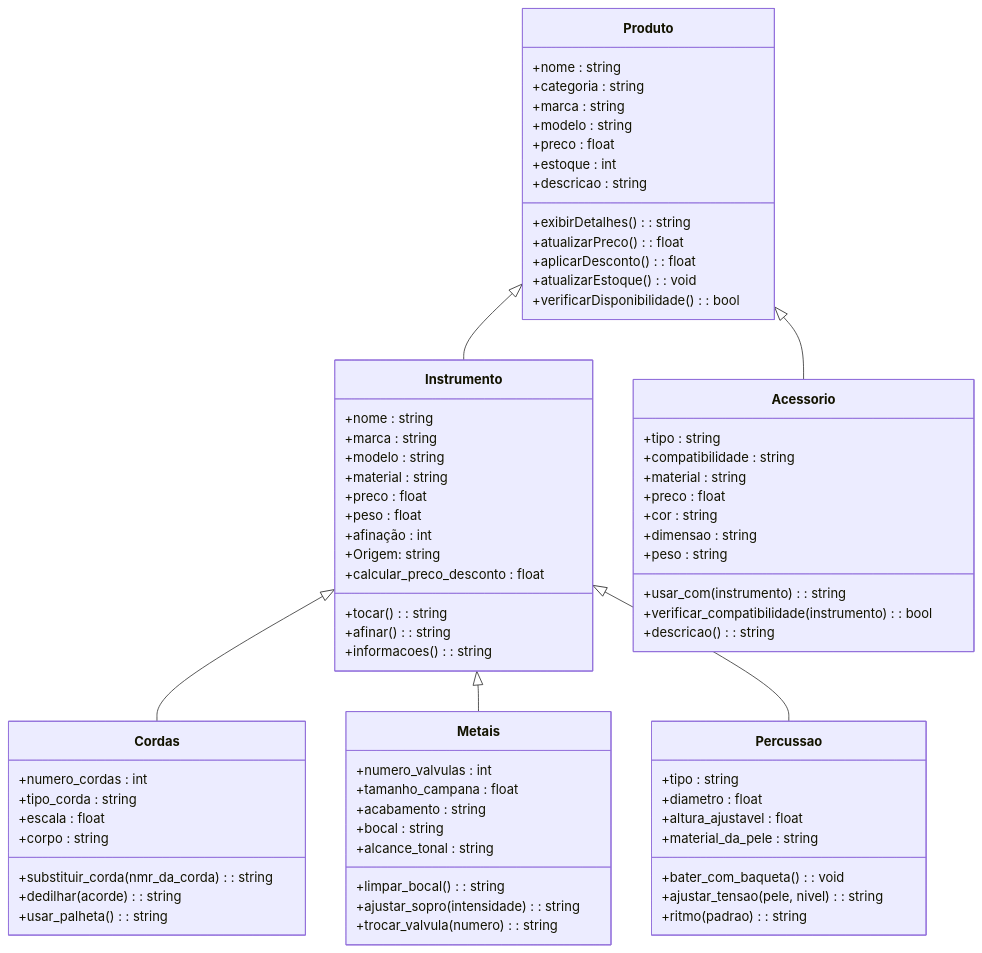
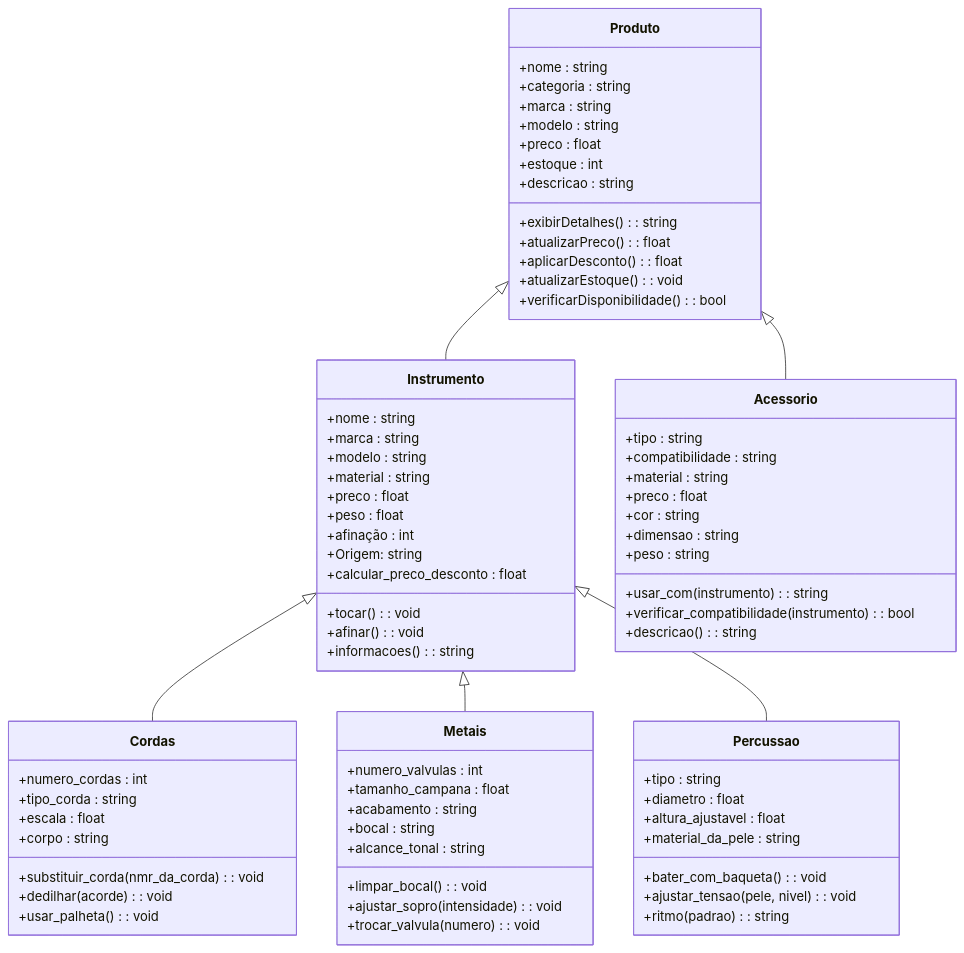
Before and after one commit to JoaoVitorCaetano/PooJavaCeub-Grupo8: the diagram in Produto.md, drawn with Mermaid.

Commit message:
ajustando retorno de métodos

```diff
--- a/Produto.md
+++ b/Produto.md
@@ -28,8 +28,8 @@
     +afinação : int
     +Origem: string
 
-    +tocar() : string
-    +afinar() : string
+    +tocar() : void
+    +afinar() : void
     +informacoes() : string
     +calcular_preco_desconto : float
   }
@@ -40,9 +40,9 @@
     +escala : float
     +corpo : string
 
-    +substituir_corda(nmr_da_corda) : string
-    +dedilhar(acorde) : string
-    +usar_palheta() : string
+    +substituir_corda(nmr_da_corda) : void
+    +dedilhar(acorde) : void
+    +usar_palheta() : void
   }
 
   class Metais{
@@ -52,9 +52,9 @@
     +bocal : string
     +alcance_tonal : string
 
-    +limpar_bocal() : string
-    +ajustar_sopro(intensidade) : string
-    +trocar_valvula(numero) : string
+    +limpar_bocal() : void
+    +ajustar_sopro(intensidade) : void
+    +trocar_valvula(numero) : void
   }
 
   class Percussao {
@@ -64,7 +64,7 @@
     +material_da_pele : string
 
     +bater_com_baqueta() : void
-    +ajustar_tensao(pele, nivel) : string
+    +ajustar_tensao(pele, nivel) : void
     +ritmo(padrao) : string
   }
 
```
